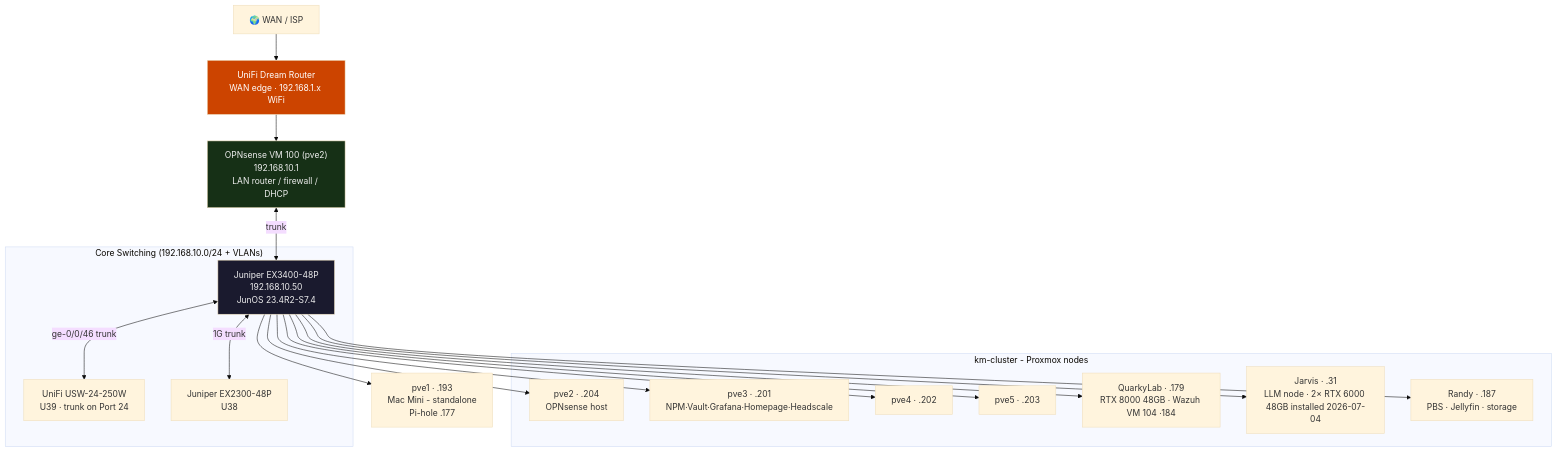
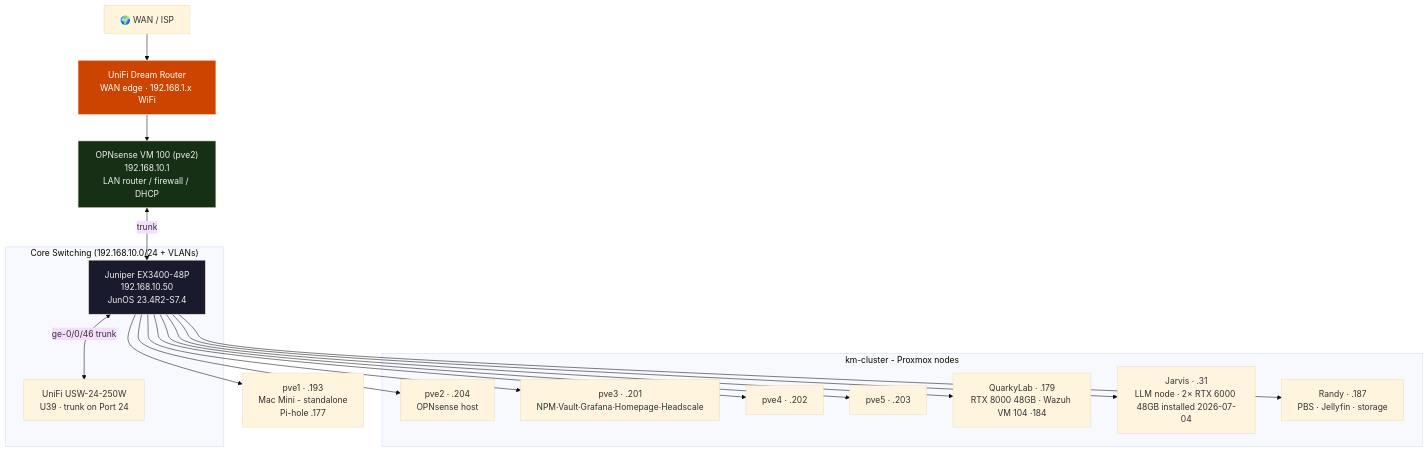
The diagram in vault/Networking/Network Overview.md (machismo0311/Home-Lab), drawn with Mermaid (base theme) before and after one commit. The commit also changed other lines of this file and 13 other files, not shown here.

````diff
--- a/vault/Networking/Network Overview.md
+++ b/vault/Networking/Network Overview.md
@@ -14,32 +14,30 @@
 ```mermaid
 flowchart TB
     WAN["🌍 WAN / ISP"] --> UDR["UniFi Dream Router<br/>WAN edge · 192.168.1.x WiFi"]
     UDR --> OPN["OPNsense VM 100 (pve2)<br/>192.168.10.1<br/>LAN router / firewall / DHCP"]
     OPN <-->|trunk| EX3400
 
     subgraph CORE["Core Switching (192.168.10.0/24 + VLANs)"]
         EX3400["Juniper EX3400-48P<br/>192.168.10.50<br/>JunOS 23.4R2-S7.4"]
         USW["UniFi USW-24-250W<br/>U39 · trunk on Port 24"]
-        EX2300["Juniper EX2300-48P<br/>U38"]
         EX3400 <-->|ge-0/0/46 trunk| USW
-        EX3400 <-->|1G trunk| EX2300
     end
 
     subgraph PVE["km-cluster - Proxmox nodes"]
         PVE2["pve2 · .204<br/>OPNsense host"]
         PVE3["pve3 · .201<br/>NPM·Vault·Grafana·Homepage·Headscale"]
         PVE4["pve4 · .202"]
         PVE5["pve5 · .203"]
         QUARK["QuarkyLab · .179<br/>RTX 8000 48GB · Wazuh VM 104 ·184"]
         JARVIS["Jarvis · .31<br/>LLM node · 2× RTX 6000 48GB installed 2026-07-04"]
         RANDY["Randy · .187<br/>PBS · Jellyfin · storage"]
     end
 
     PVE1["pve1 · .193<br/>Mac Mini - standalone<br/>Pi-hole .177"]
 
     EX3400 --> PVE2 & PVE3 & PVE4 & PVE5 & QUARK & JARVIS & RANDY & PVE1
 
     style UDR fill:#cc4400,color:#fff
     style OPN fill:#163016,color:#eee
     style EX3400 fill:#1a1a2e,color:#eee
 ```
````
